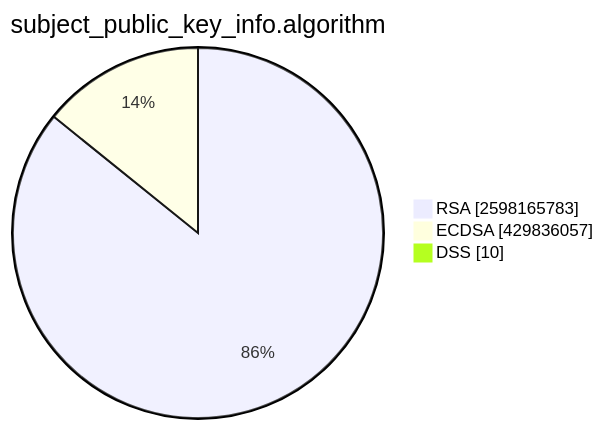
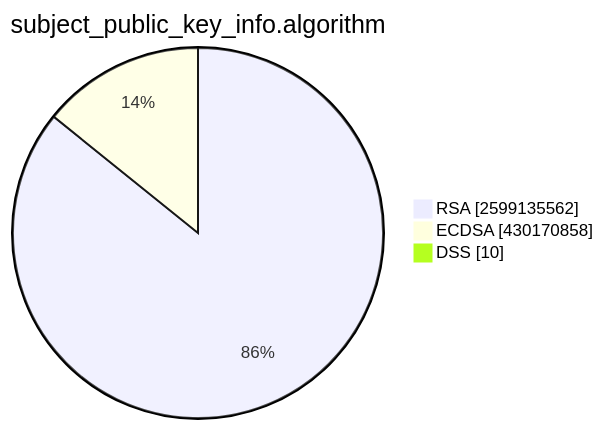
One commit to christiankrug/ctmonitor_visualization changed the second of 15 diagrams in TOTAL/README.md. Above: the diagram before and after it, drawn with Mermaid. The commit also changed other lines of this file, not shown here.

````diff
--- a/TOTAL/README.md
+++ b/TOTAL/README.md
@@ -6,7 +6,7 @@
 ```mermaid
 pie showData
 title subject_public_key_info.algorithm
-"RSA" :2598165783
-"ECDSA" :429836057
+"RSA" :2599135562
+"ECDSA" :430170858
 "DSS" :10
 ```
````
